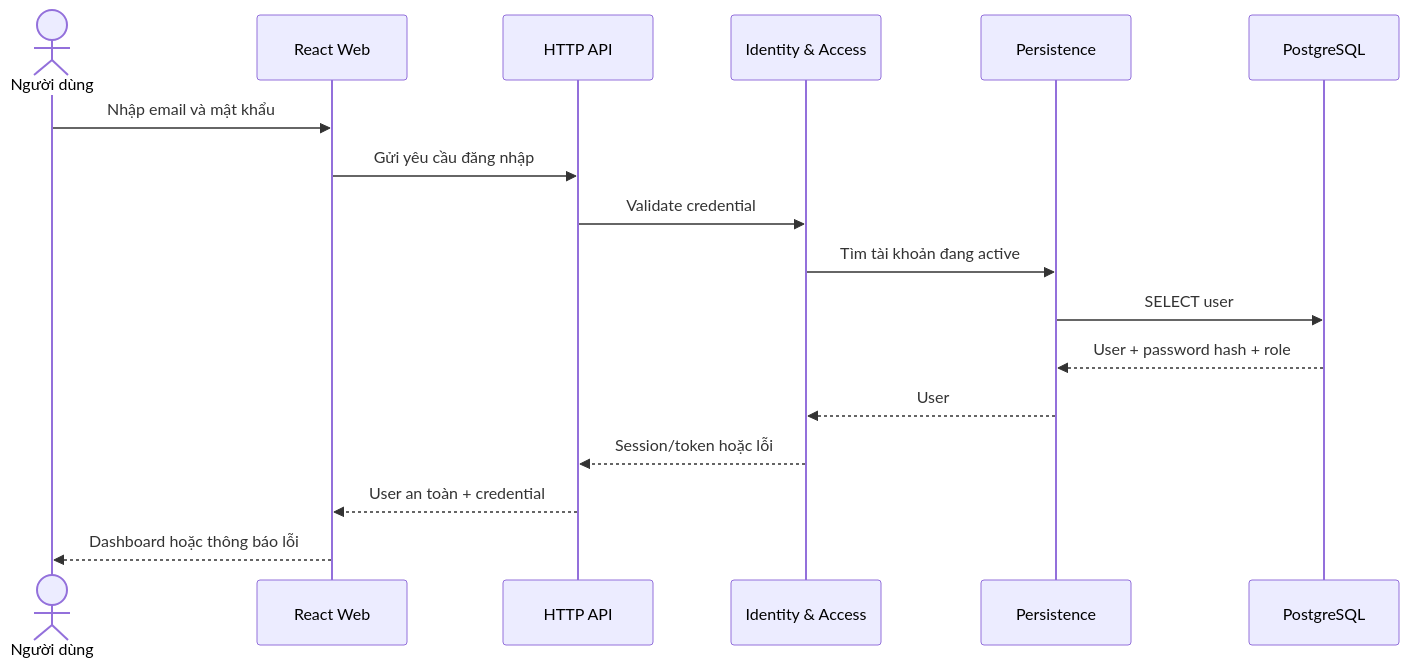
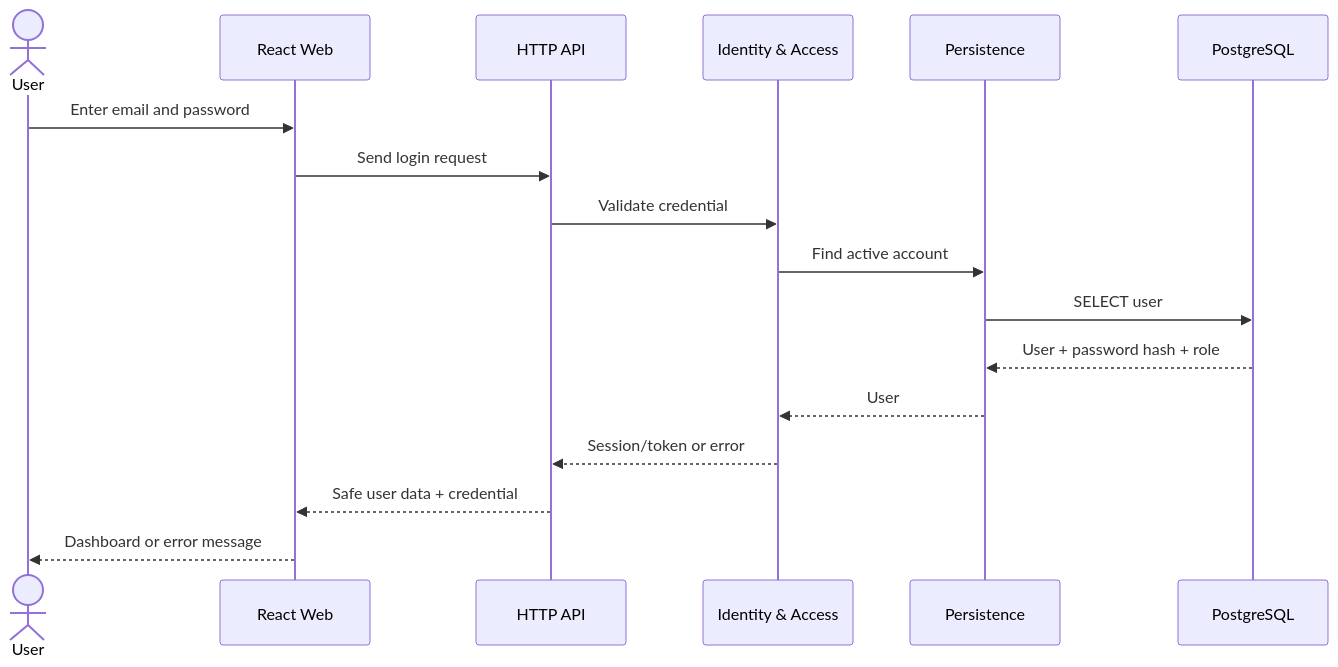
Before and after one commit to PhamHiep948/finance-manager: the first of 4 diagrams in docs/architecture/arc42/06-runtime-view.md, drawn with Mermaid. The commit also changed other lines of this file and 16 other files, not shown here.

````diff
--- a/docs/architecture/arc42/06-runtime-view.md
+++ b/docs/architecture/arc42/06-runtime-view.md
@@ -7,19 +7,19 @@
 ```mermaid
 sequenceDiagram
-    actor U as Người dùng
+    actor U as User
     participant W as React Web
     participant A as HTTP API
     participant I as Identity & Access
     participant P as Persistence
     participant D as PostgreSQL
-    U->>W: Nhập email và mật khẩu
-    W->>A: Gửi yêu cầu đăng nhập
+    U->>W: Enter email and password
+    W->>A: Send login request
     A->>I: Validate credential
-    I->>P: Tìm tài khoản đang active
+    I->>P: Find active account
     P->>D: SELECT user
     D-->>P: User + password hash + role
     P-->>I: User
-    I-->>A: Session/token hoặc lỗi
-    A-->>W: User an toàn + credential
-    W-->>U: Dashboard hoặc thông báo lỗi
+    I-->>A: Session/token or error
+    A-->>W: Safe user data + credential
+    W-->>U: Dashboard or error message
 ```
````
